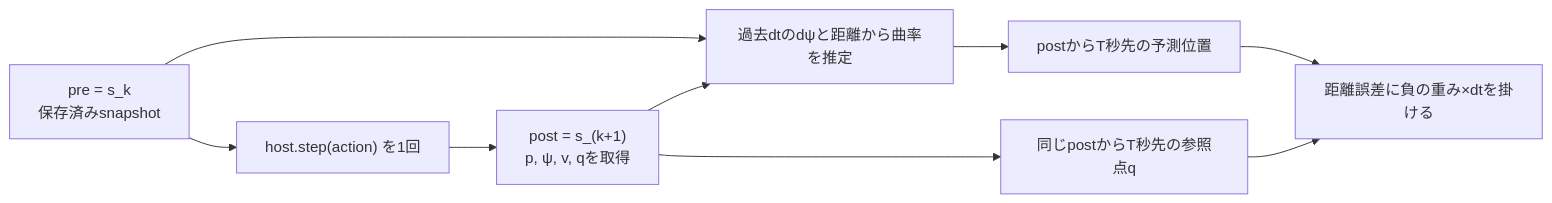
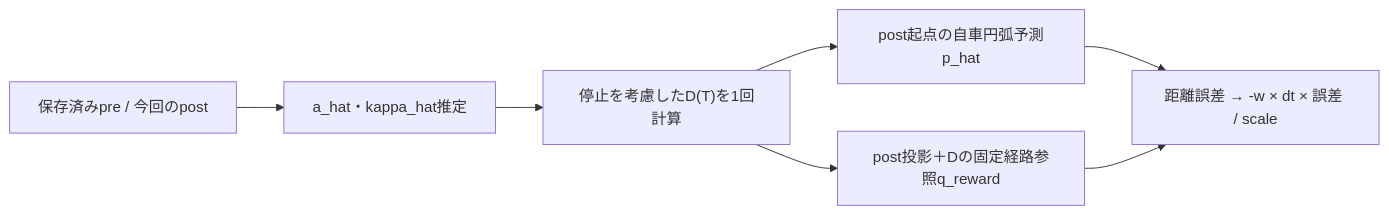
One commit to SeigoKaji/metadrive_rl changed the diagram in lookahead_learning/docs/time_prediction.md. Above: the diagram before and after it, drawn with Mermaid. The commit also changed other lines of this file and 22 other files, not shown here.

````diff
--- a/lookahead_learning/docs/time_prediction.md
+++ b/lookahead_learning/docs/time_prediction.md
@@ -13,11 +199,9 @@
 ```mermaid
 flowchart LR
-    A["pre = s_k<br/>保存済みsnapshot"] --> B["host.step(action) を1回"]
-    B --> C["post = s_(k+1)<br/>p, ψ, v, qを取得"]
-    A --> D["過去dtのdψと距離から曲率を推定"]
-    C --> D
-    D --> E["postからT秒先の予測位置"]
-    C --> F["同じpostからT秒先の参照点q"]
-    E --> G["距離誤差に負の重み×dtを掛ける"]
-    F --> G
+    A["保存済みpre / 今回のpost"] --> B["a_hat・kappa_hat推定"]
+    B --> C["停止を考慮したD(T)を1回計算"]
+    C --> D["post起点の自車円弧予測p_hat"]
+    C --> E["post投影＋Dの固定経路参照q_reward"]
+    D --> F["距離誤差 → -w × dt × 誤差 / scale"]
+    E --> F
 ```
````
